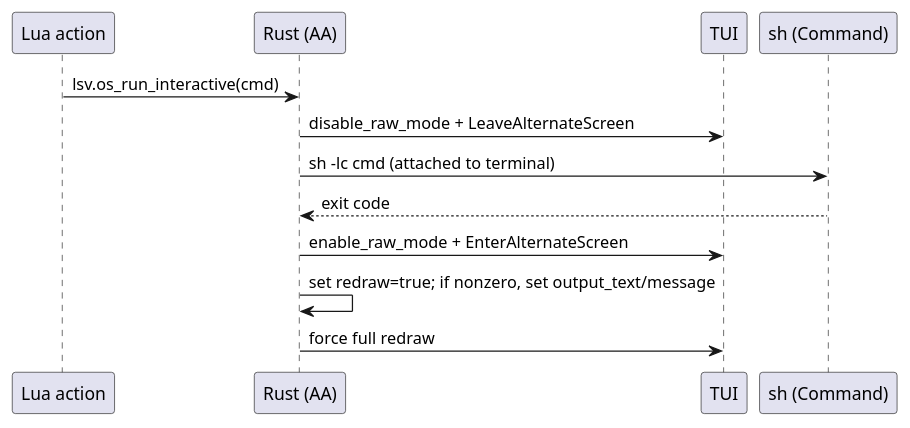
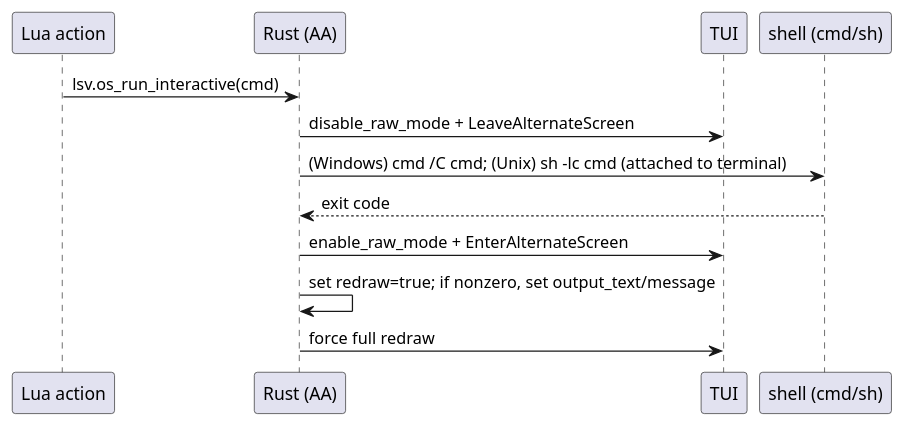
The fourth of 5 diagrams in docs/lua_integration.md (SecretDeveloper/lsv), drawn with PlantUML before and after one commit. The commit also changed other lines of this file and 18 other files, not shown here.

````diff
--- a/docs/lua_integration.md
+++ b/docs/lua_integration.md
@@ -100,15 +100,15 @@
 ```plantuml
 @startuml
 participant "Lua action" as LUA
 participant "Rust (AA)" as AA
 participant "TUI" as TUI
-participant "sh (Command)" as SH
+participant "shell (cmd/sh)" as SH
 LUA -> AA: lsv.os_run_interactive(cmd)
 AA -> TUI: disable_raw_mode + LeaveAlternateScreen
-AA -> SH: sh -lc cmd (attached to terminal)
+AA -> SH: (Windows) cmd /C cmd; (Unix) sh -lc cmd (attached to terminal)
 SH --> AA: exit code
 AA -> TUI: enable_raw_mode + EnterAlternateScreen
 AA -> AA: set redraw=true; if nonzero, set output_text/message
 AA -> TUI: force full redraw
 @enduml
 ```
````
